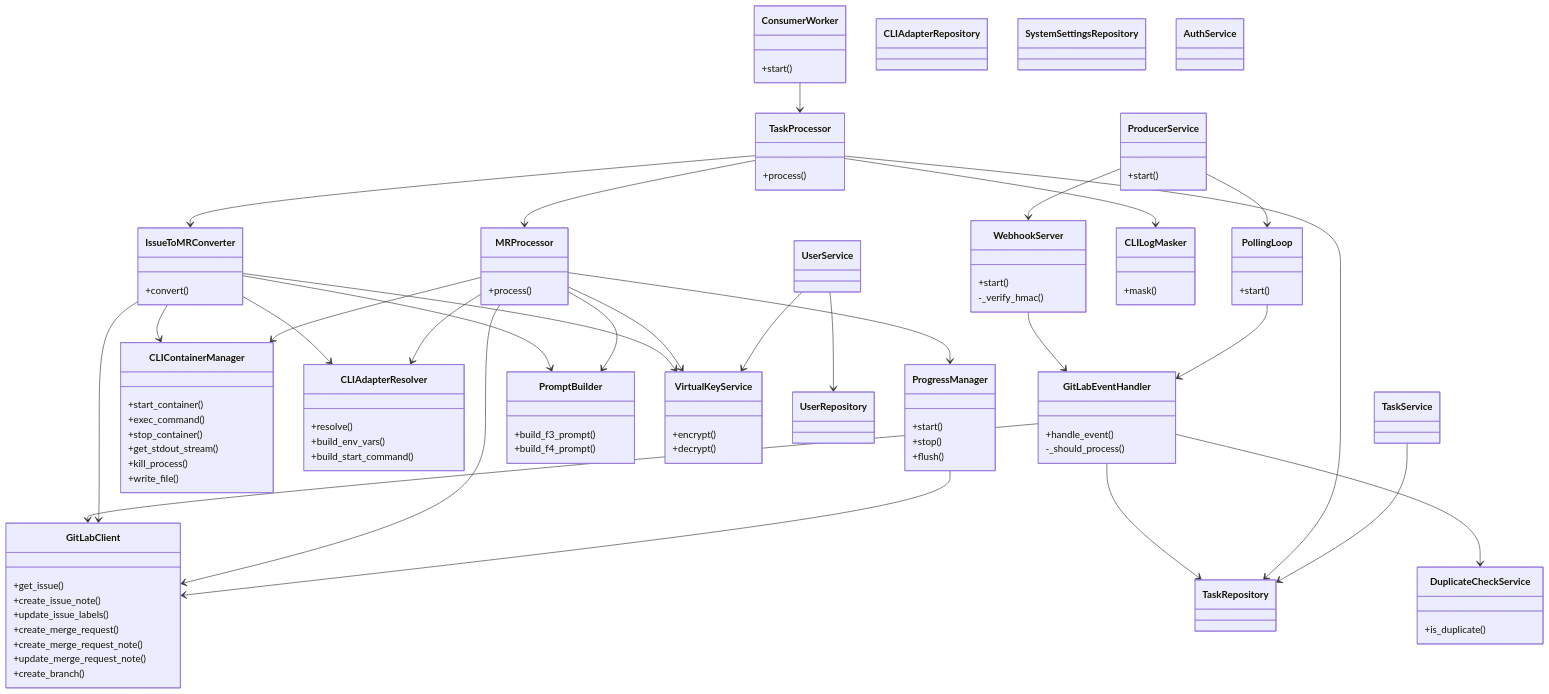
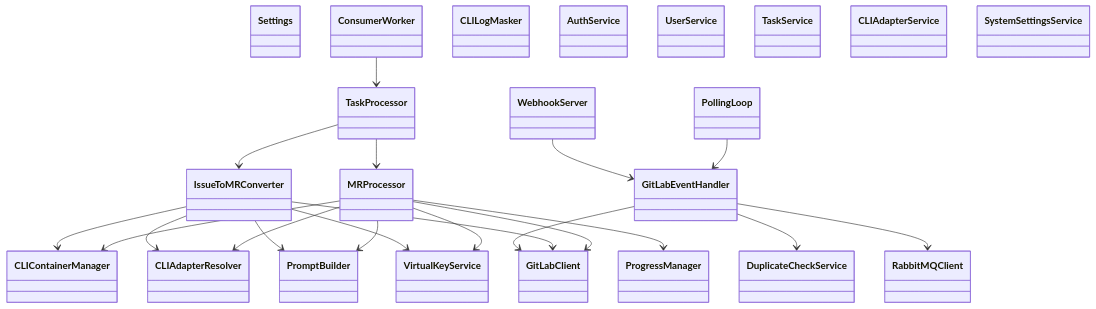
One commit to notfolder/CodingAgentAutomata changed the seventh of 7 diagrams in docs/detail_design.md. Above: the diagram before and after it, drawn with Mermaid. The commit also changed other lines of this file, not shown here.

````diff
--- a/docs/detail_design.md
+++ b/docs/detail_design.md
@@ -745,102 +465,32 @@
 ```mermaid
 classDiagram
-    class GitLabClient {
-        +get_issue()
-        +create_issue_note()
-        +update_issue_labels()
-        +create_merge_request()
-        +create_merge_request_note()
-        +update_merge_request_note()
-        +create_branch()
-    }
-
-    class ProducerService {
-        +start()
-    }
-
-    class WebhookServer {
-        +start()
-        -_verify_hmac()
-    }
-
-    class PollingLoop {
-        +start()
-    }
-
-    class GitLabEventHandler {
-        +handle_event()
-        -_should_process()
-    }
-
-    class DuplicateCheckService {
-        +is_duplicate()
-    }
-
-    class ConsumerWorker {
-        +start()
-    }
-
-    class TaskProcessor {
-        +process()
-    }
-
-    class IssueToMRConverter {
-        +convert()
-    }
-
-    class MRProcessor {
-        +process()
-    }
-
-    class CLIContainerManager {
-        +start_container()
-        +exec_command()
-        +stop_container()
-        +get_stdout_stream()
-        +kill_process()
-        +write_file()
-    }
-
-    class CLIAdapterResolver {
-        +resolve()
-        +build_env_vars()
-        +build_start_command()
-    }
-
-    class ProgressManager {
-        +start()
-        +stop()
-        +flush()
-    }
-
-    class PromptBuilder {
-        +build_f3_prompt()
-        +build_f4_prompt()
-    }
-
-    class VirtualKeyService {
-        +encrypt()
-        +decrypt()
-    }
-
-    class CLILogMasker {
-        +mask()
-    }
-
-    class UserRepository
-    class TaskRepository
-    class CLIAdapterRepository
-    class SystemSettingsRepository
+    class GitLabClient
+    class RabbitMQClient
+    class Settings
+    class GitLabEventHandler
+    class DuplicateCheckService
+    class WebhookServer
+    class PollingLoop
+    class ConsumerWorker
+    class TaskProcessor
+    class IssueToMRConverter
+    class MRProcessor
+    class CLIContainerManager
+    class CLIAdapterResolver
+    class ProgressManager
+    class PromptBuilder
+    class VirtualKeyService
+    class CLILogMasker
     class AuthService
     class UserService
     class TaskService
+    class CLIAdapterService
+    class SystemSettingsService
 
-    ProducerService --> WebhookServer
-    ProducerService --> PollingLoop
     WebhookServer --> GitLabEventHandler
     PollingLoop --> GitLabEventHandler
     GitLabEventHandler --> DuplicateCheckService
-    GitLabEventHandler --> TaskRepository
+    GitLabEventHandler --> RabbitMQClient
     GitLabEventHandler --> GitLabClient
     ConsumerWorker --> TaskProcessor
     TaskProcessor --> IssueToMRConverter
@@ -856,10 +506,4 @@
     MRProcessor --> PromptBuilder
     MRProcessor --> VirtualKeyService
     MRProcessor --> GitLabClient
-    TaskProcessor --> TaskRepository
-    TaskProcessor --> CLILogMasker
-    ProgressManager --> GitLabClient
-    UserService --> UserRepository
-    UserService --> VirtualKeyService
-    TaskService --> TaskRepository
 ```
````
